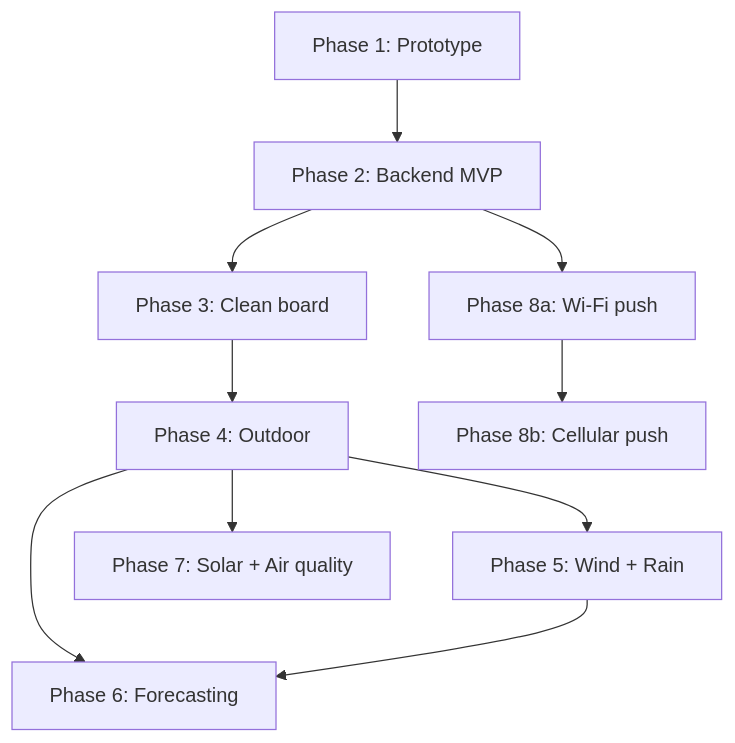
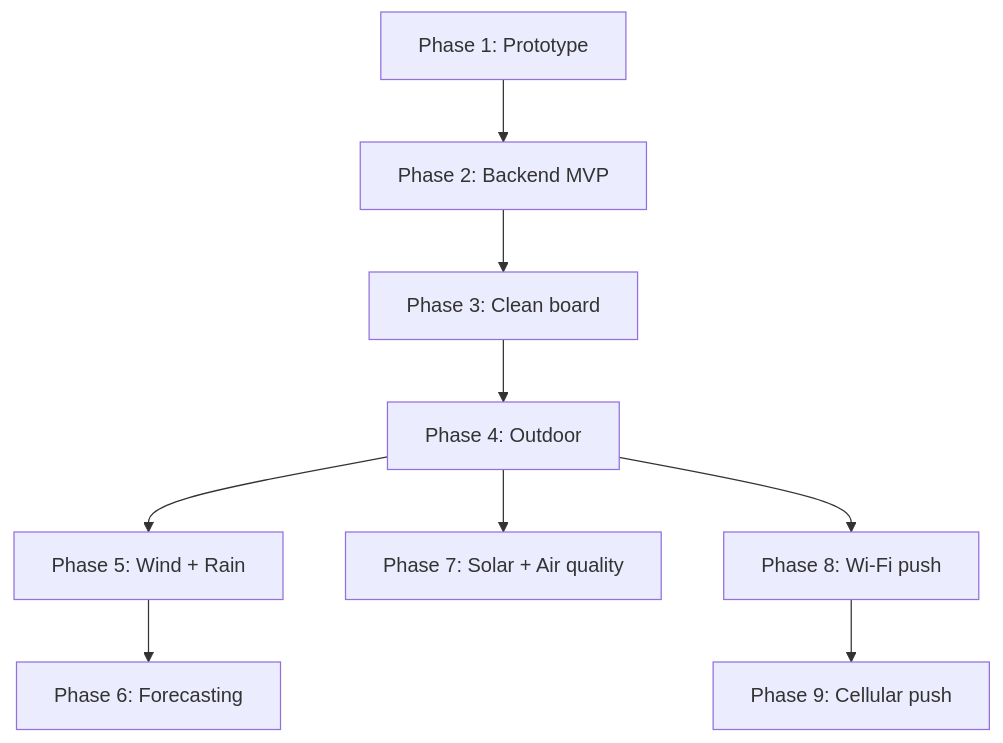
One commit to wg1d/personal-autonomous-weather-station changed the diagram in README.md. Above: the diagram before and after it, drawn with Mermaid. The commit also changed other lines of this file and 1 other file, not shown here.

Commit message:
docs(roadmap): renumber phases 8a/8b to 8/9, fix dependency graph
- Rename Phase 8a → Phase 8 (Wi-Fi push) and Phase 8b → Phase 9 (Cellular)
- Remove redundant P4→P6 arrow (P4→P5→P6 already covers it)
- Move connectivity phases to depend on P4 (outdoor) instead of P2 (backend)
- Update dependency graph prose to match

````diff
--- a/README.md
+++ b/README.md
@@ -29,12 +29,11 @@
 ```mermaid
 flowchart TD
     P1[Phase 1: Prototype] --> P2[Phase 2: Backend MVP]
     P2 --> P3[Phase 3: Clean board]
     P3 --> P4[Phase 4: Outdoor]
     P4 --> P5[Phase 5: Wind + Rain]
-    P4 --> P6[Phase 6: Forecasting]
-    P5 --> P6
+    P5 --> P6[Phase 6: Forecasting]
     P4 --> P7[Phase 7: Solar + Air quality]
-    P2 --> P8a[Phase 8a: Wi-Fi push]
-    P8a --> P8b[Phase 8b: Cellular push]
+    P4 --> P8[Phase 8: Wi-Fi push]
+    P8 --> P9[Phase 9: Cellular push]
 ```
````
